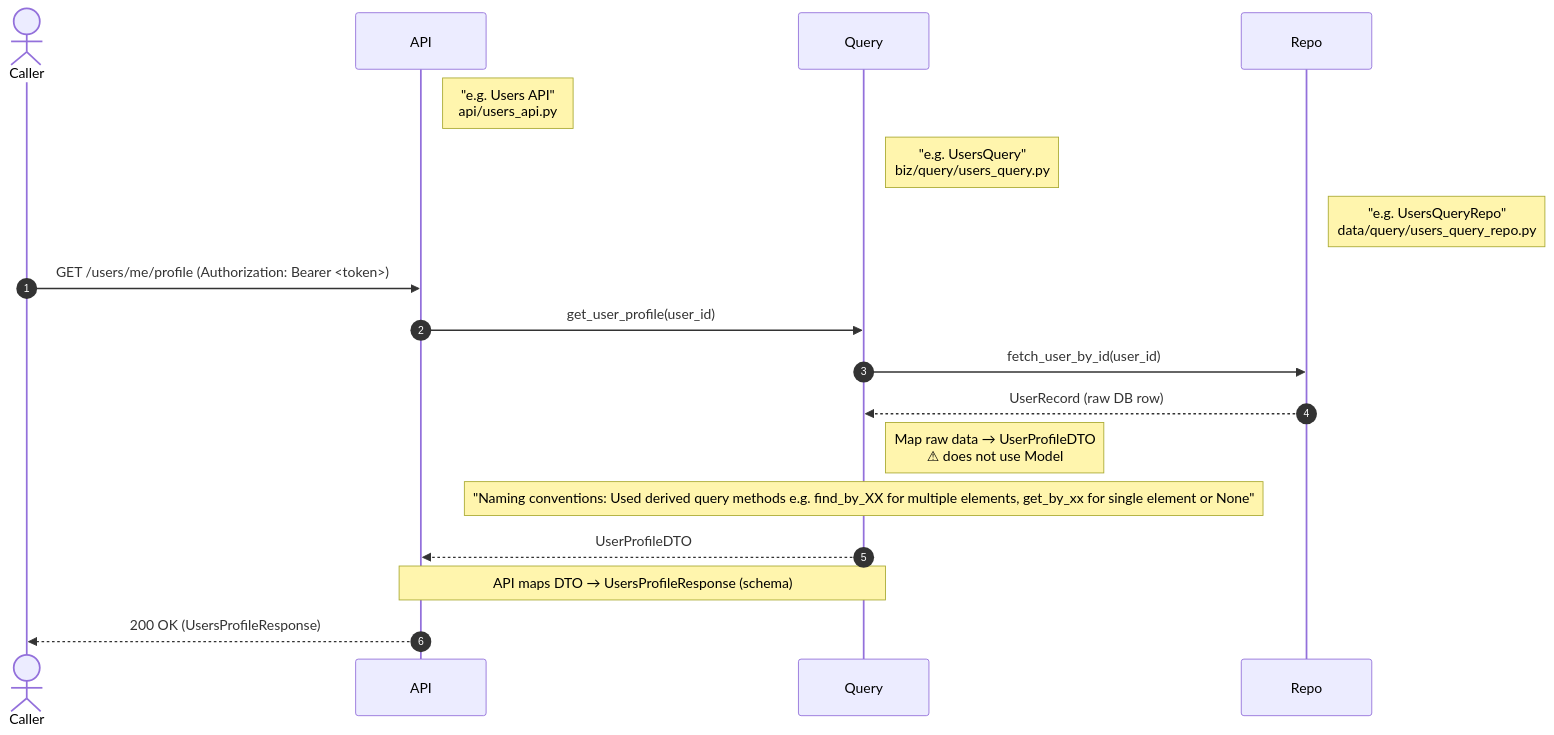
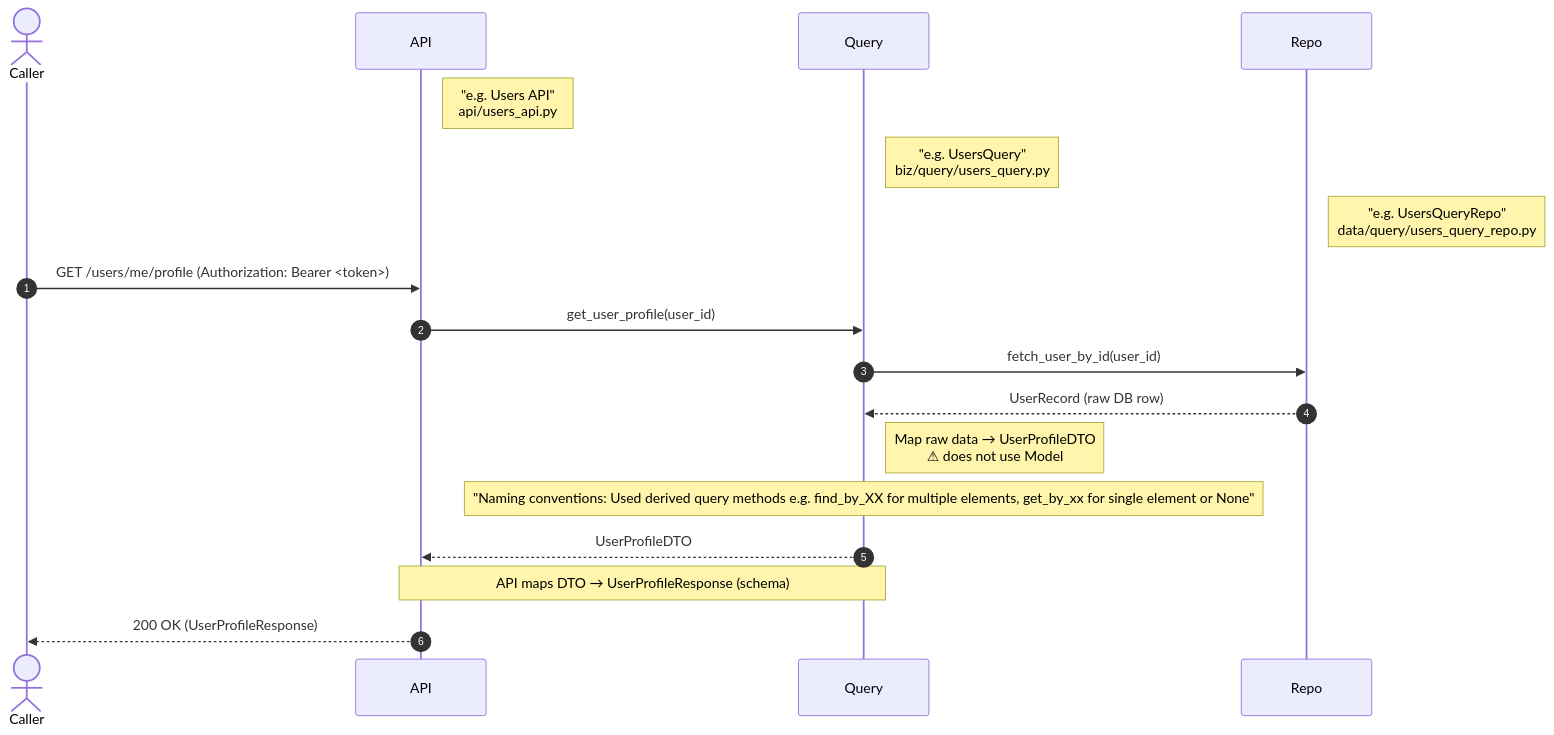
The second of 6 diagrams in Patterns/Apps/Microservices/python/BDP-FastApi-agentic.md (eSynergy-Solutions/architecture-patterns), drawn with Mermaid before and after one commit. The commit also changed other lines of this file, not shown here.

First line of the commit message:
Standardize schema naming convention to <Model>Request/<Model>Response

````diff
--- a/Patterns/Apps/Microservices/python/BDP-FastApi-agentic.md
+++ b/Patterns/Apps/Microservices/python/BDP-FastApi-agentic.md
@@ -125,22 +125,22 @@
 ```mermaid
 sequenceDiagram
     autonumber
     actor User as Caller
     participant API
     participant Query
     participant Repo
 
     Note right of API: "e.g. Users API"<br/>api/users_api.py
     Note right of Query: "e.g. UsersQuery"<br/>biz/query/users_query.py
     Note right of Repo: "e.g. UsersQueryRepo"<br/>data/query/users_query_repo.py
 
     User->>API: GET /users/me/profile (Authorization: Bearer <token>)
     API->>Query: get_user_profile(user_id)
     Query->>Repo: fetch_user_by_id(user_id)
     Repo-->>Query: UserRecord (raw DB row)
     Note right of Query: Map raw data → UserProfileDTO<br/>⚠ does not use Model
     Note over Query: "Naming conventions: Used derived query methods e.g. find_by_XX for multiple elements, get_by_xx for single element or None"
     Query-->>API: UserProfileDTO
-    Note over API,Query: API maps DTO → UsersProfileResponse (schema)
-    API-->>User: 200 OK (UsersProfileResponse)
+    Note over API,Query: API maps DTO → UserProfileResponse (schema)
+    API-->>User: 200 OK (UserProfileResponse)
 ```
````
